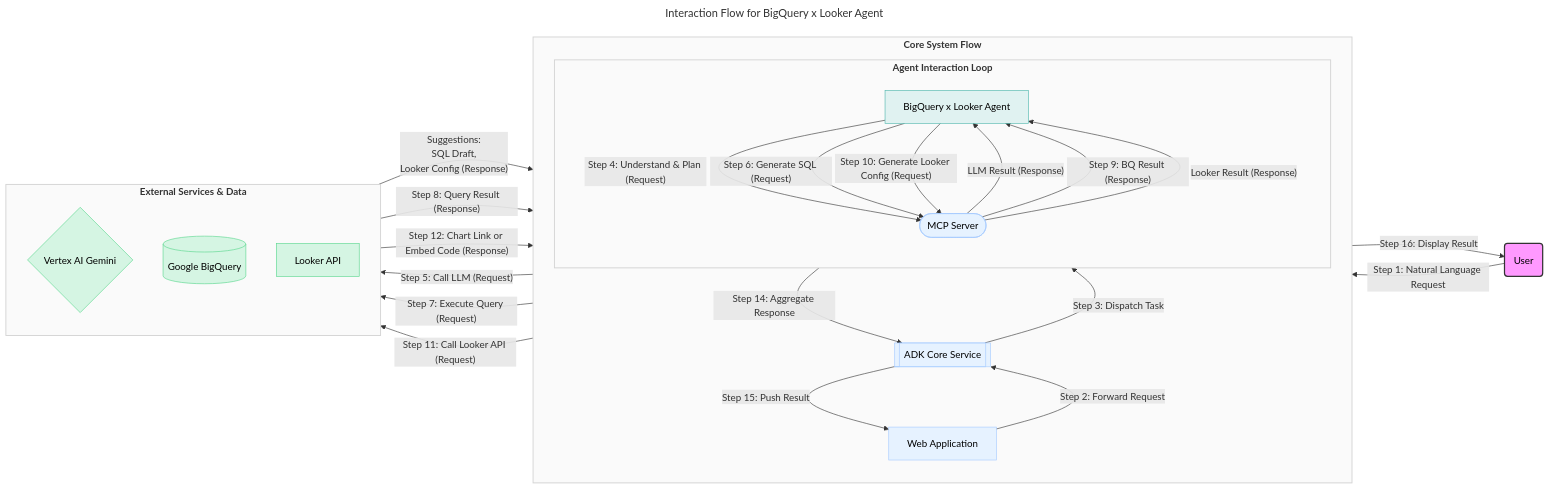
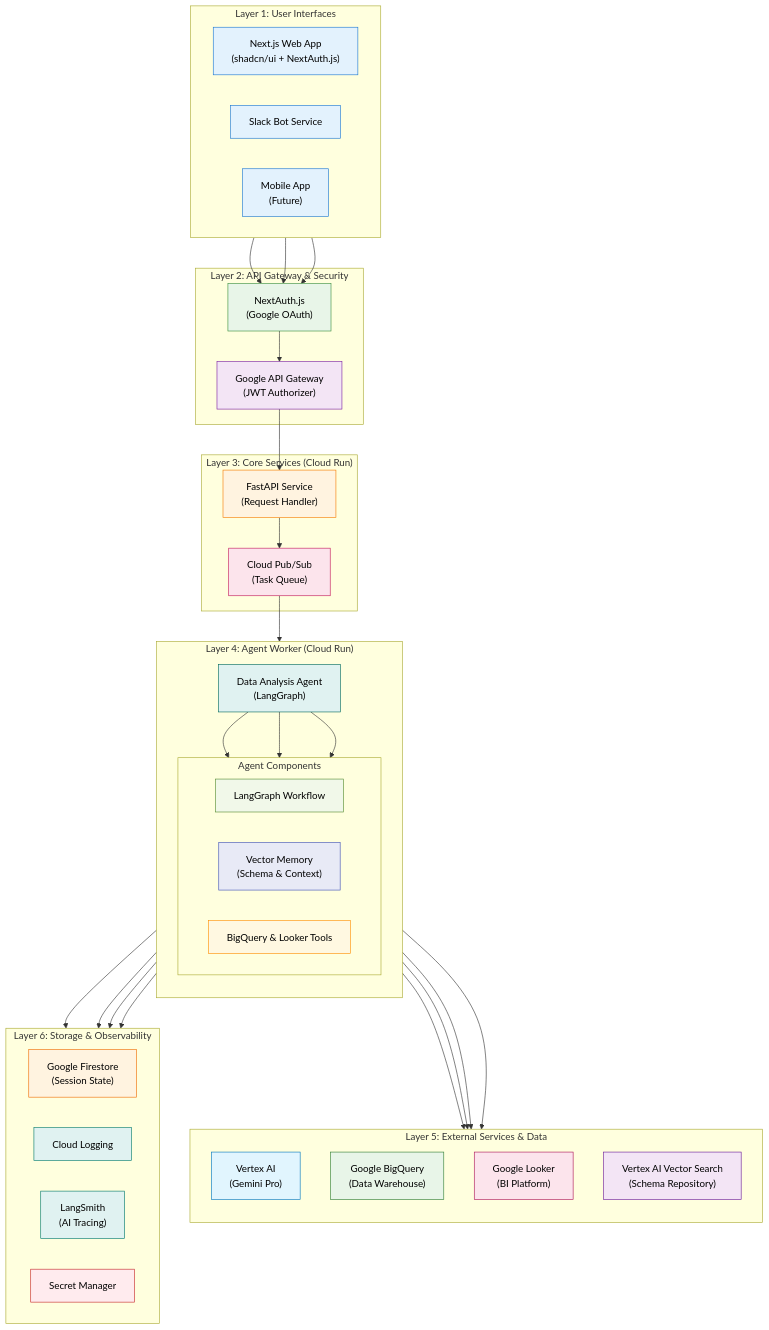
Before and after one commit to lennonkc/thrasio_iq_fullstack: the first of 2 diagrams in docs/development/agent1.md, drawn with Mermaid. The commit also changed other lines of this file, not shown here.

Commit message:
docs(agent1): 更新BigQuery x Looker数据分析Agent开发指南文档

````diff
--- a/docs/development/agent1.md
+++ b/docs/development/agent1.md
@@ -7,64 +81,92 @@
 ```mermaid
----
-title: Interaction Flow for BigQuery x Looker Agent
----
-flowchart LR
-    User("User"):::actorStyle
+graph TD
+    %% Layer 1: User Interfaces
+    subgraph "Layer 1: User Interfaces"
+        direction LR
+        NextJS["Next.js Web App<br/>(shadcn/ui + NextAuth.js)"]:::frontendStyle
+        SlackBot["Slack Bot Service"]:::frontendStyle
+        Mobile["Mobile App<br/>(Future)"]:::frontendStyle
+    end
 
-    subgraph Core_System_Flow [Core System Flow]
+    %% Layer 2: API Gateway & Authentication
+    subgraph "Layer 2: API Gateway & Security"
+        APIGateway["Google API Gateway<br/>(JWT Authorizer)"]:::gatewayStyle
+        Auth["NextAuth.js<br/>(Google OAuth)"]:::authStyle
+    end
+
+    %% Layer 3: Core Services
+    subgraph "Layer 3: Core Services (Cloud Run)"
+        FastAPI["FastAPI Service<br/>(Request Handler)"]:::apiStyle
+        PubSub["Cloud Pub/Sub<br/>(Task Queue)"]:::queueStyle
+    end
+
+    %% Layer 4: Agent Processing
+    subgraph "Layer 4: Agent Worker (Cloud Run)"
         direction TB
-        WebApp_Node["Web Application"]:::systemNodeStyle
-        ADK_Core_Node[["ADK Core Service"]]:::systemNodeStyle
-
-        subgraph Agent_Interaction_Loop [Agent Interaction Loop]
-            direction TB
-            BQL_Agent["BigQuery x Looker Agent"]:::agentNodeStyle
-            MCP_Server_BQL(["MCP Server"]):::systemNodeStyle
+        DataAgent["Data Analysis Agent<br/>(LangGraph)"]:::agentStyle
+        
+        subgraph "Agent Components"
+            direction LR
+            Workflow["LangGraph Workflow"]:::workflowStyle
+            Memory["Vector Memory<br/>(Schema & Context)"]:::memoryStyle
+            Tools["BigQuery & Looker Tools"]:::toolStyle
         end
     end
 
-    subgraph External_Services_Group [External Services & Data]
+    %% Layer 5: External Services
+    subgraph "Layer 5: External Services & Data"
         direction TB
-        Gemini_Node{"Vertex AI Gemini"}:::externalNodeStyle
-        BigQuery_Node[("Google BigQuery")]:::externalNodeStyle
-        Looker_Node["Looker API"]:::externalNodeStyle
+        VertexAI["Vertex AI<br/>(Gemini Pro)"]:::aiStyle
+        BigQuery["Google BigQuery<br/>(Data Warehouse)"]:::dataStyle
+        Looker["Google Looker<br/>(BI Platform)"]:::biStyle
+        VectorSearch["Vertex AI Vector Search<br/>(Schema Repository)"]:::vectorStyle
     end
 
-    %% User Interaction
-    User -- "Step 1: Natural Language Request" --> WebApp_Node
+    %% Layer 6: Storage & Observability
+    subgraph "Layer 6: Storage & Observability"
+        direction LR
+        Firestore["Google Firestore<br/>(Session State)"]:::storageStyle
+        CloudLogging["Cloud Logging"]:::observabilityStyle
+        LangSmith["LangSmith<br/>(AI Tracing)"]:::observabilityStyle
+        SecretManager["Secret Manager"]:::securityStyle
+    end
 
-    %% System Internal Flow
-    WebApp_Node -- "Step 2: Forward Request" --> ADK_Core_Node
-    ADK_Core_Node -- "Step 3: Dispatch Task" --> BQL_Agent
+    %% Connections
+    NextJS & SlackBot & Mobile --> Auth
+    Auth --> APIGateway
+    APIGateway --> FastAPI
+    FastAPI --> PubSub
+    PubSub --> DataAgent
+    
+    DataAgent --> Workflow
+    DataAgent --> Memory
+    DataAgent --> Tools
+    
+    Workflow --> VertexAI
+    Tools --> BigQuery
+    Tools --> Looker
+    Memory --> VectorSearch
+    
+    DataAgent --> Firestore
+    DataAgent --> CloudLogging
+    DataAgent --> LangSmith
+    Tools --> SecretManager
 
-    %% Agent to MCP for LLM
-    BQL_Agent -- "Step 4: Understand & Plan (Request)" --> MCP_Server_BQL
-    MCP_Server_BQL -- "Step 5: Call LLM (Request)" --> Gemini_Node
-    Gemini_Node -- "Suggestions:<br>SQL Draft,<br>Looker Config (Response)" --> MCP_Server_BQL
-    MCP_Server_BQL -- "LLM Result (Response)" --> BQL_Agent
-
-    %% Agent to MCP for BigQuery
-    BQL_Agent -- "Step 6: Generate SQL (Request)" --> MCP_Server_BQL
-    MCP_Server_BQL -- "Step 7: Execute Query (Request)" --> BigQuery_Node
-    BigQuery_Node -- "Step 8: Query Result (Response)" --> MCP_Server_BQL
-    MCP_Server_BQL -- "Step 9: BQ Result (Response)" --> BQL_Agent
-
-    %% Agent to MCP for Looker
-    BQL_Agent -- "Step 10: Generate Looker Config (Request)" --> MCP_Server_BQL
-    MCP_Server_BQL -- "Step 11: Call Looker API (Request)" --> Looker_Node
-    Looker_Node -- "Step 12: Chart Link or Embed Code (Response)" --> MCP_Server_BQL
-    MCP_Server_BQL -- "Looker Result (Response)" --> BQL_Agent
-
-    %% Finalizing and Displaying Result
-    BQL_Agent -- "Step 14: Aggregate Response" --> ADK_Core_Node
-    ADK_Core_Node -- "Step 15: Push Result" --> WebApp_Node
-    WebApp_Node -- "Step 16: Display Result" --> User
-
-    %% Style Definitions
-    classDef actorStyle fill:#f9f,stroke:#333,stroke-width:2px,color:black
-    classDef systemNodeStyle fill:#e6f2ff,stroke:#a4c9ff,color:black
-    classDef agentNodeStyle fill:#e0f2f1,stroke:#4db6ac,color:black
-    classDef externalNodeStyle fill:#d5f5e3,stroke:#58d68d,color:black
-    classDef subgraphStyle fill:#fafafa,stroke:#d3d3d3,stroke-width:1.5px,color:#333,font-weight:bold
-    class Core_System_Flow,Agent_Interaction_Loop,External_Services_Group subgraphStyle
+    %% Styles
+    classDef frontendStyle fill:#e3f2fd,stroke:#1976d2,color:#000
+    classDef gatewayStyle fill:#f3e5f5,stroke:#7b1fa2,color:#000
+    classDef authStyle fill:#e8f5e8,stroke:#388e3c,color:#000
+    classDef apiStyle fill:#fff3e0,stroke:#f57c00,color:#000
+    classDef queueStyle fill:#fce4ec,stroke:#c2185b,color:#000
+    classDef agentStyle fill:#e0f2f1,stroke:#00695c,color:#000
+    classDef workflowStyle fill:#f1f8e9,stroke:#558b2f,color:#000
+    classDef memoryStyle fill:#e8eaf6,stroke:#3f51b5,color:#000
+    classDef toolStyle fill:#fff8e1,stroke:#ff8f00,color:#000
+    classDef aiStyle fill:#e1f5fe,stroke:#0277bd,color:#000
+    classDef dataStyle fill:#e8f5e8,stroke:#2e7d32,color:#000
+    classDef biStyle fill:#fce4ec,stroke:#ad1457,color:#000
+    classDef vectorStyle fill:#f3e5f5,stroke:#6a1b9a,color:#000
+    classDef storageStyle fill:#fff3e0,stroke:#ef6c00,color:#000
+    classDef observabilityStyle fill:#e0f2f1,stroke:#00796b,color:#000
+    classDef securityStyle fill:#ffebee,stroke:#c62828,color:#000
 ```
````
